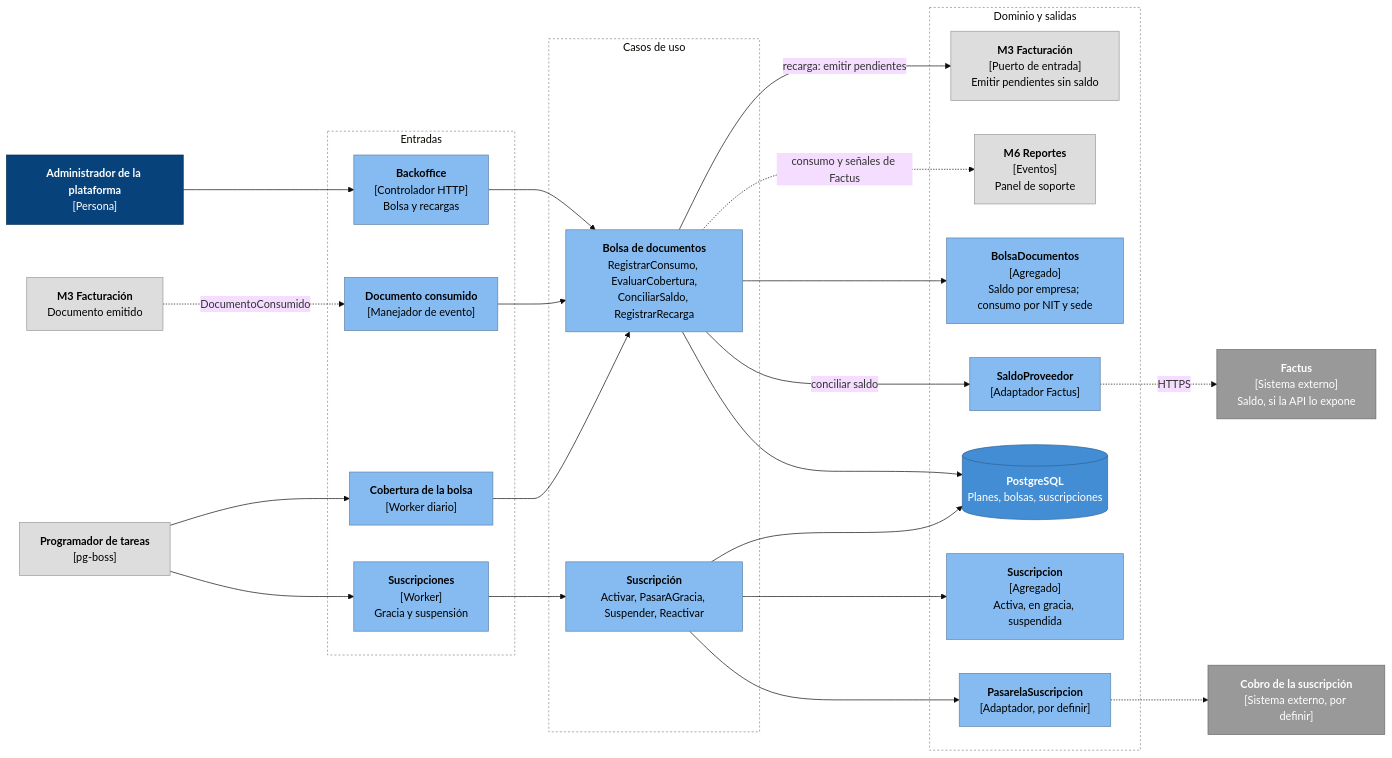
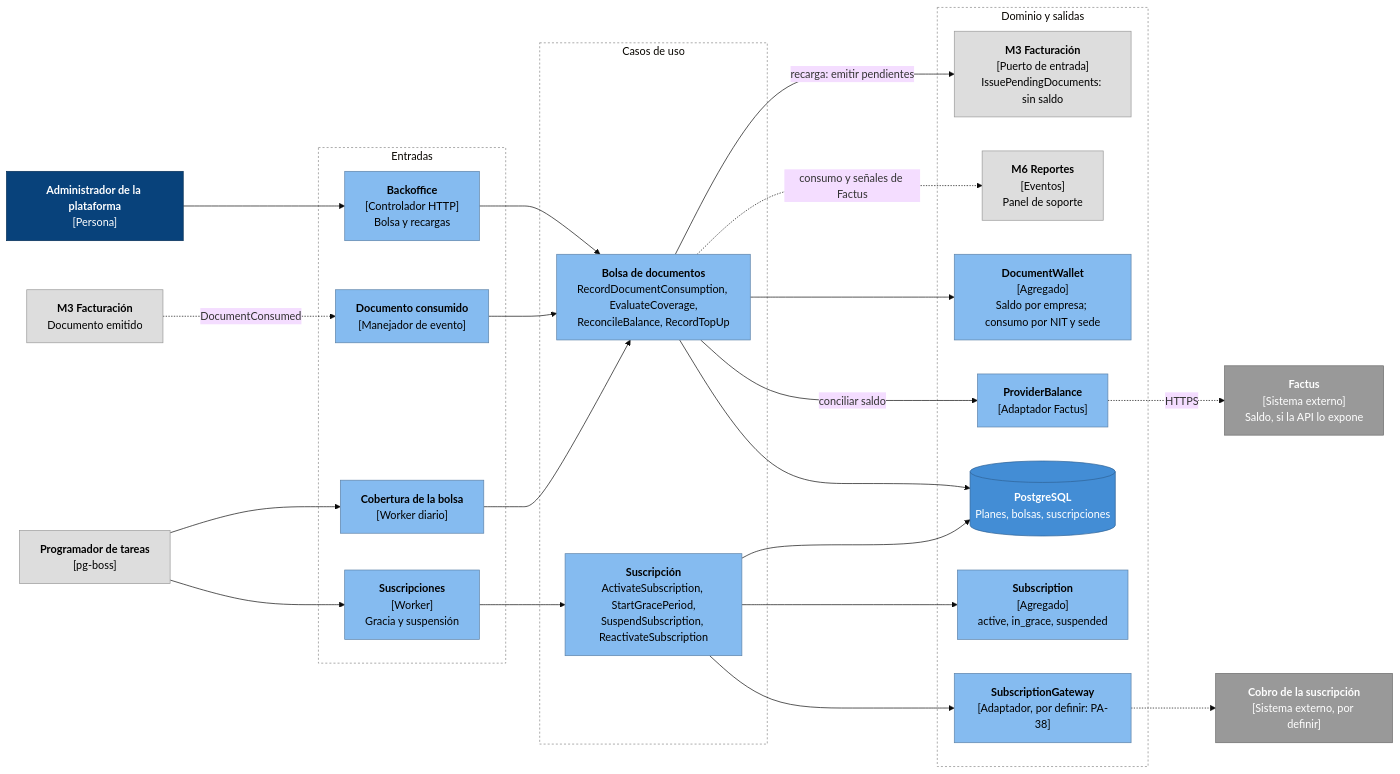
One commit to CesarJOtizM/blackHole changed the third of 3 diagrams in docs/arquitectura/componentes/c4-m7-saas.md. Above: the diagram before and after it, drawn with Mermaid (base theme). The commit also changed other lines of this file and 159 other files, not shown here.

````diff
--- a/docs/arquitectura/componentes/c4-m7-saas.md
+++ b/docs/arquitectura/componentes/c4-m7-saas.md
@@ -63,61 +94,61 @@
 ```mermaid
 flowchart LR
   APL["<b>Administrador de la plataforma</b><br/>[Persona]"]:::persona
   M3I["<b>M3 Facturación</b><br/>Documento emitido"]:::modulo
   PRG["<b>Programador de tareas</b><br/>[pg-boss]"]:::modulo
 
   subgraph Entradas["Entradas"]
     BO["<b>Backoffice</b><br/>[Controlador HTTP]<br/>Bolsa y recargas"]:::componente
     EDOC["<b>Documento consumido</b><br/>[Manejador de evento]"]:::componente
     WCOB["<b>Cobertura de la bolsa</b><br/>[Worker diario]"]:::componente
     WSUS["<b>Suscripciones</b><br/>[Worker]<br/>Gracia y suspensión"]:::componente
   end
 
   subgraph Aplicacion["Casos de uso"]
-    UC_BOL["<b>Bolsa de documentos</b><br/>RegistrarConsumo, EvaluarCobertura,<br/>ConciliarSaldo, RegistrarRecarga"]:::componente
-    UC_SUS["<b>Suscripción</b><br/>Activar, PasarAGracia, Suspender, Reactivar"]:::componente
+    UC_BOL["<b>Bolsa de documentos</b><br/>RecordDocumentConsumption, EvaluateCoverage,<br/>ReconcileBalance, RecordTopUp"]:::componente
+    UC_SUS["<b>Suscripción</b><br/>ActivateSubscription, StartGracePeriod,<br/>SuspendSubscription, ReactivateSubscription"]:::componente
   end
 
   subgraph Salida["Dominio y salidas"]
-    M3["<b>M3 Facturación</b><br/>[Puerto de entrada]<br/>Emitir pendientes sin saldo"]:::modulo
+    M3["<b>M3 Facturación</b><br/>[Puerto de entrada]<br/>IssuePendingDocuments: sin saldo"]:::modulo
     M6["<b>M6 Reportes</b><br/>[Eventos]<br/>Panel de soporte"]:::modulo
-    D_BOL["<b>BolsaDocumentos</b><br/>[Agregado]<br/>Saldo por empresa; consumo por NIT y sede"]:::componente
-    SAL["<b>SaldoProveedor</b><br/>[Adaptador Factus]"]:::componente
+    D_BOL["<b>DocumentWallet</b><br/>[Agregado]<br/>Saldo por empresa; consumo por NIT y sede"]:::componente
+    SAL["<b>ProviderBalance</b><br/>[Adaptador Factus]"]:::componente
     PG[("<b>PostgreSQL</b><br/>Planes, bolsas, suscripciones")]:::contenedor
-    D_SUS["<b>Suscripcion</b><br/>[Agregado]<br/>Activa, en gracia, suspendida"]:::componente
-    PCO["<b>PasarelaSuscripcion</b><br/>[Adaptador, por definir]"]:::componente
+    D_SUS["<b>Subscription</b><br/>[Agregado]<br/>active, in_grace, suspended"]:::componente
+    PCO["<b>SubscriptionGateway</b><br/>[Adaptador, por definir: PA-38]"]:::componente
   end
 
   FAC["<b>Factus</b><br/>[Sistema externo]<br/>Saldo, si la API lo expone"]:::externo
   COB["<b>Cobro de la suscripción</b><br/>[Sistema externo, por definir]"]:::externo
 
   APL --> BO
-  M3I -. "DocumentoConsumido" .-> EDOC
+  M3I -. "DocumentConsumed" .-> EDOC
   PRG --> WCOB
   PRG --> WSUS
 
   BO --> UC_BOL
   EDOC --> UC_BOL
   WCOB --> UC_BOL
   WSUS --> UC_SUS
 
   UC_BOL -- "recarga: emitir pendientes" --> M3
   UC_BOL -. "consumo y señales de Factus" .-> M6
   UC_BOL --> D_BOL
   UC_BOL -- "conciliar saldo" --> SAL
   UC_BOL --> PG
   UC_SUS --> PG
   UC_SUS --> D_SUS
   UC_SUS --> PCO
   SAL -. "HTTPS" .-> FAC
   PCO -.-> COB
 
   classDef persona fill:#08427b,stroke:#052e56,color:#fff
   classDef componente fill:#85bbf0,stroke:#5d82a8,color:#000
   classDef contenedor fill:#438dd5,stroke:#2e6295,color:#fff
   classDef modulo fill:#dddddd,stroke:#999999,color:#000
   classDef externo fill:#999999,stroke:#6b6b6b,color:#fff
   style Entradas fill:none,stroke:#888,stroke-dasharray: 3 3
   style Aplicacion fill:none,stroke:#888,stroke-dasharray: 3 3
   style Salida fill:none,stroke:#888,stroke-dasharray: 3 3
 ```
````
